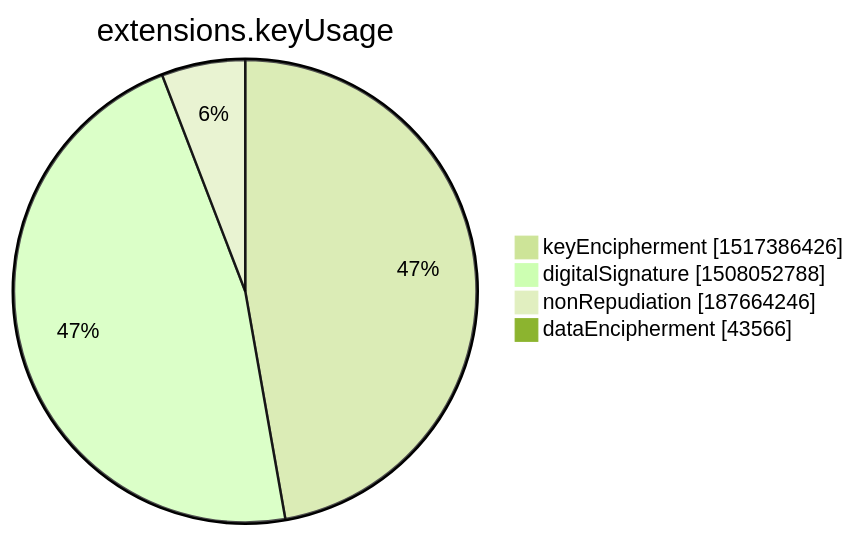
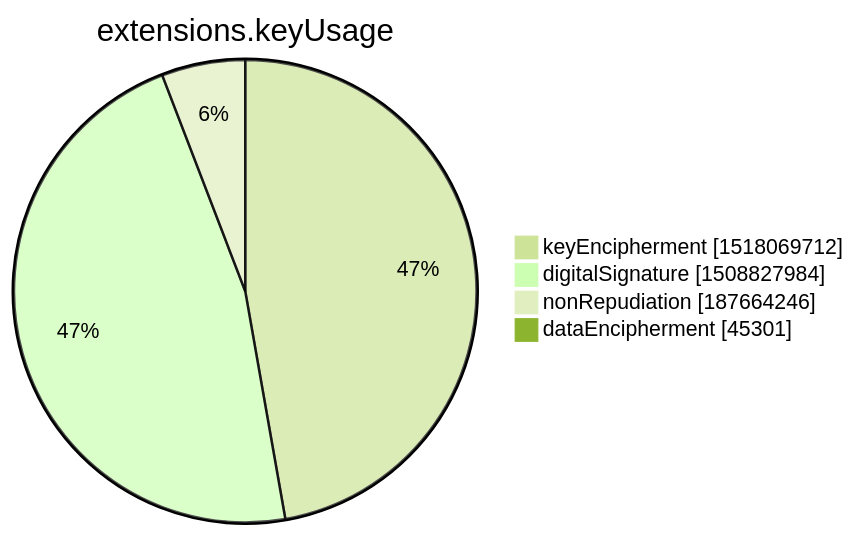
Before and after one commit to christiankrug/ctmonitor_visualization: the seventh of 15 diagrams in xenon2022/README.md, drawn with Mermaid (forest theme). The commit also changed other lines of this file, not shown here.

````diff
--- a/xenon2022/README.md
+++ b/xenon2022/README.md
@@ -2846,8 +2846,8 @@
 ```mermaid
 pie showData
 title extensions.keyUsage
-"keyEncipherment" :1517386426
-"digitalSignature" :1508052788
+"keyEncipherment" :1518069712
+"digitalSignature" :1508827984
 "nonRepudiation" :187664246
-"dataEncipherment" :43566
+"dataEncipherment" :45301
 ```
````
